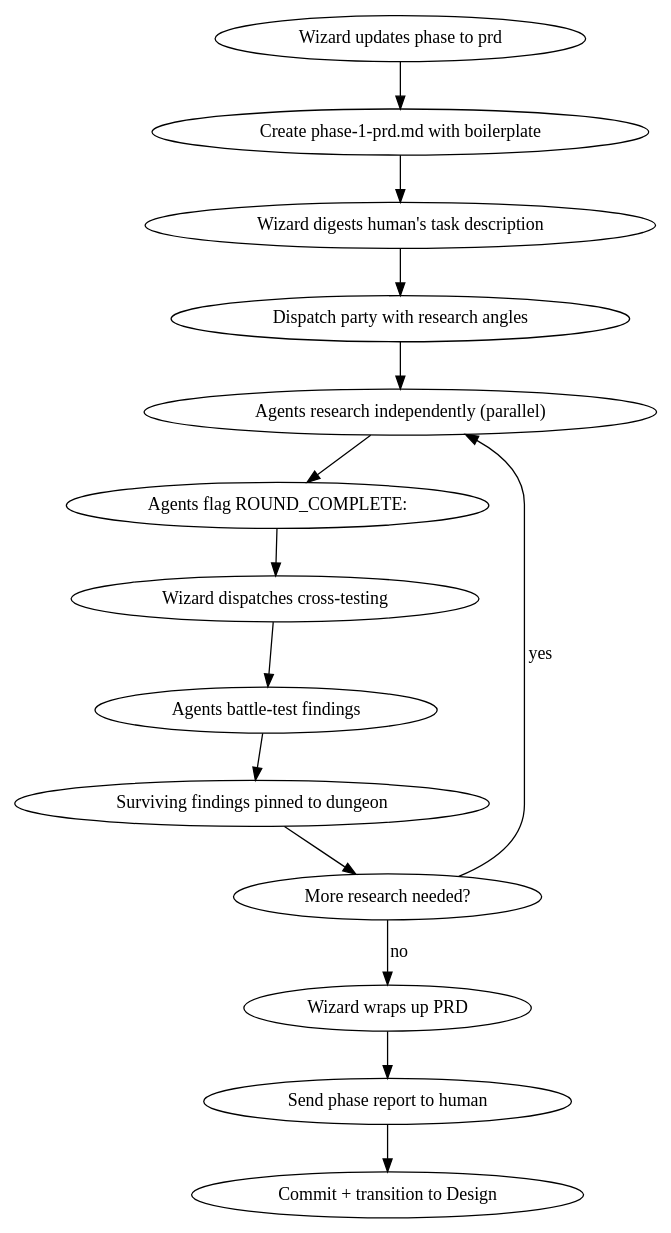
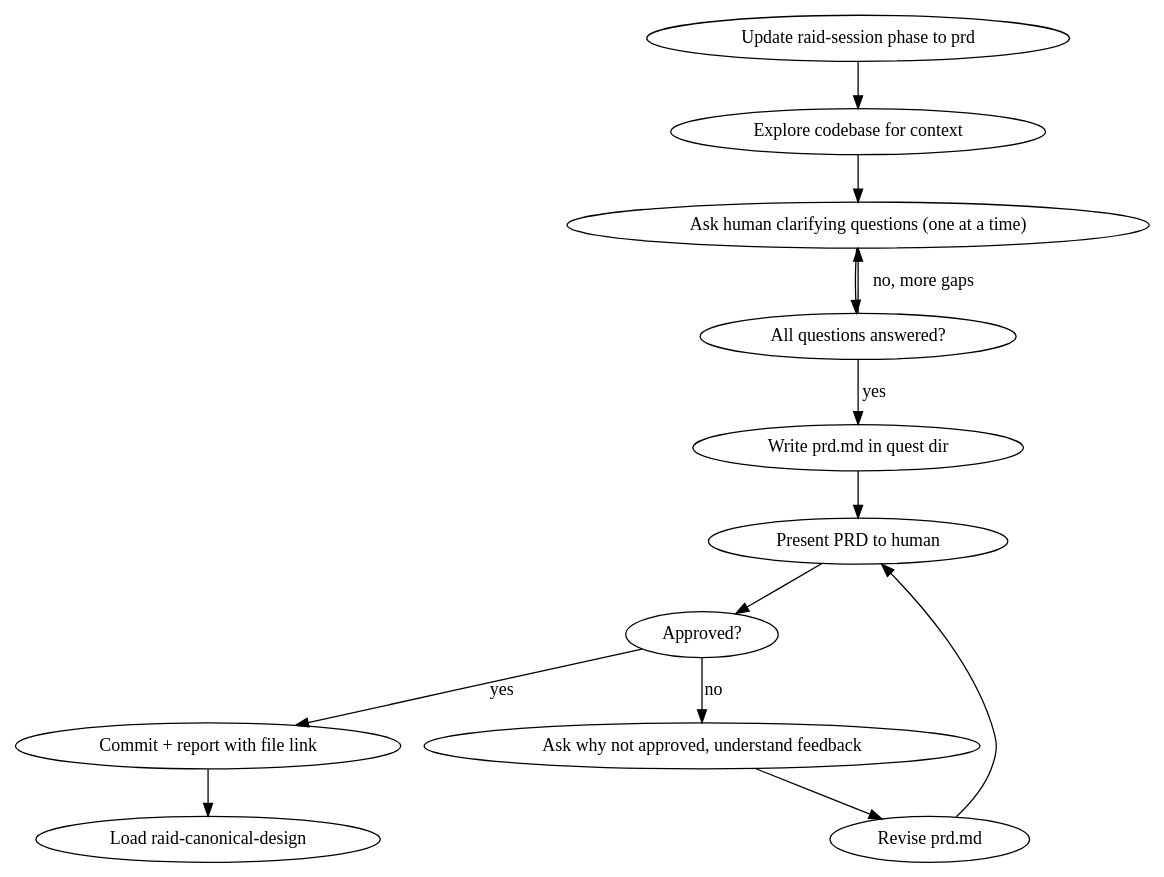
Before and after one commit to pedropicardi/claude-raid: the diagram in template/.claude/skills/raid-canonical-prd/SKILL.md, drawn with Graphviz. The commit also changed other lines of this file and 1 other file, not shown here.

Commit message:
feat(skills): update PRD and Design paths to phases/ and spoils/

````diff
--- a/template/.claude/skills/raid-canonical-prd/SKILL.md
+++ b/template/.claude/skills/raid-canonical-prd/SKILL.md
@@ -22,17 +16,15 @@
 ```dot
 digraph prd {
-  "Wizard updates phase to prd" -> "Create phase-1-prd.md with boilerplate";
-  "Create phase-1-prd.md with boilerplate" -> "Wizard digests human's task description";
-  "Wizard digests human's task description" -> "Dispatch party with research angles";
-  "Dispatch party with research angles" -> "Agents research independently (parallel)";
-  "Agents research independently (parallel)" -> "Agents flag ROUND_COMPLETE:";
-  "Agents flag ROUND_COMPLETE:" -> "Wizard dispatches cross-testing";
-  "Wizard dispatches cross-testing" -> "Agents battle-test findings";
-  "Agents battle-test findings" -> "Surviving findings pinned to dungeon";
-  "Surviving findings pinned to dungeon" -> "More research needed?" [shape=diamond];
-  "More research needed?" -> "Agents research independently (parallel)" [label="yes"];
-  "More research needed?" -> "Wizard wraps up PRD" [label="no"];
-  "Wizard wraps up PRD" -> "Send phase report to human";
-  "Send phase report to human" -> "Commit + transition to Design" [shape=doublecircle];
+  "Update raid-session phase to prd" -> "Explore codebase for context";
+  "Explore codebase for context" -> "Ask human clarifying questions (one at a time)";
+  "Ask human clarifying questions (one at a time)" -> "All questions answered?" [shape=diamond];
+  "All questions answered?" -> "Ask human clarifying questions (one at a time)" [label="no, more gaps"];
+  "All questions answered?" -> "Write prd.md in quest dir" [label="yes"];
+  "Write prd.md in quest dir" -> "Present PRD to human";
+  "Present PRD to human" -> "Approved?" [shape=diamond];
+  "Approved?" -> "Ask why not approved, understand feedback" [label="no"];
+  "Ask why not approved, understand feedback" -> "Revise prd.md" -> "Present PRD to human";
+  "Approved?" -> "Commit + report with file link" [label="yes"];
+  "Commit + report with file link" -> "Load raid-canonical-design" [shape=doublecircle];
 }
 ```
````
